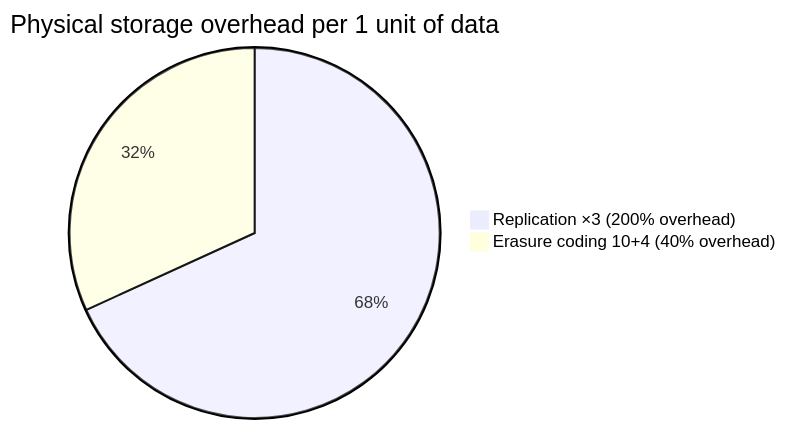
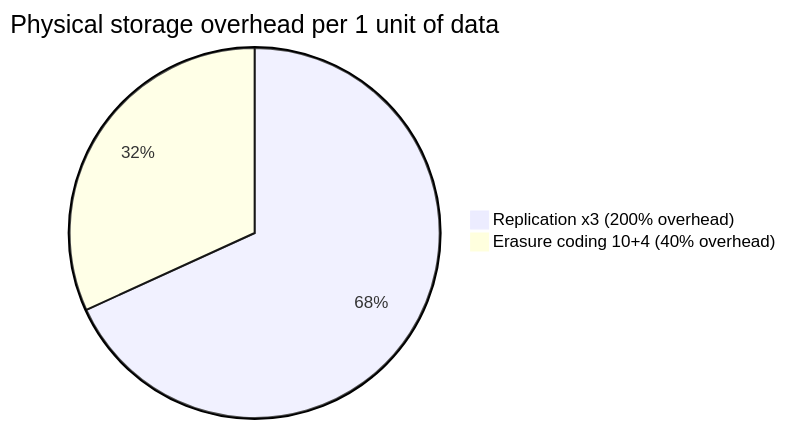
Before and after one commit to riyaz-pasha/Learnings: diagram 12 of 21 in system-design/HLD/0-course/20-Blob-Store-FAANG-Guide.md, drawn with Mermaid. The commit also changed other lines of this file and 1 other file, not shown here.

First line of the commit message:
improve readability and fix mermaid diagrams for Blob Store guides

````diff
--- a/system-design/HLD/0-course/20-Blob-Store-FAANG-Guide.md
+++ b/system-design/HLD/0-course/20-Blob-Store-FAANG-Guide.md
@@ -635,5 +589,5 @@
 ```mermaid
 pie title Physical storage overhead per 1 unit of data
-    "Replication ×3 (200% overhead)" : 300
+    "Replication x3 (200% overhead)" : 300
     "Erasure coding 10+4 (40% overhead)" : 140
 ```
````
